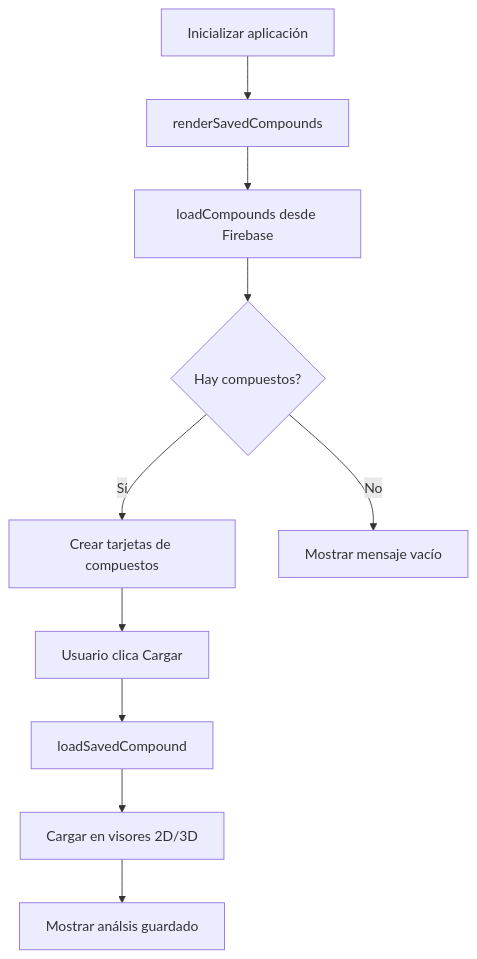
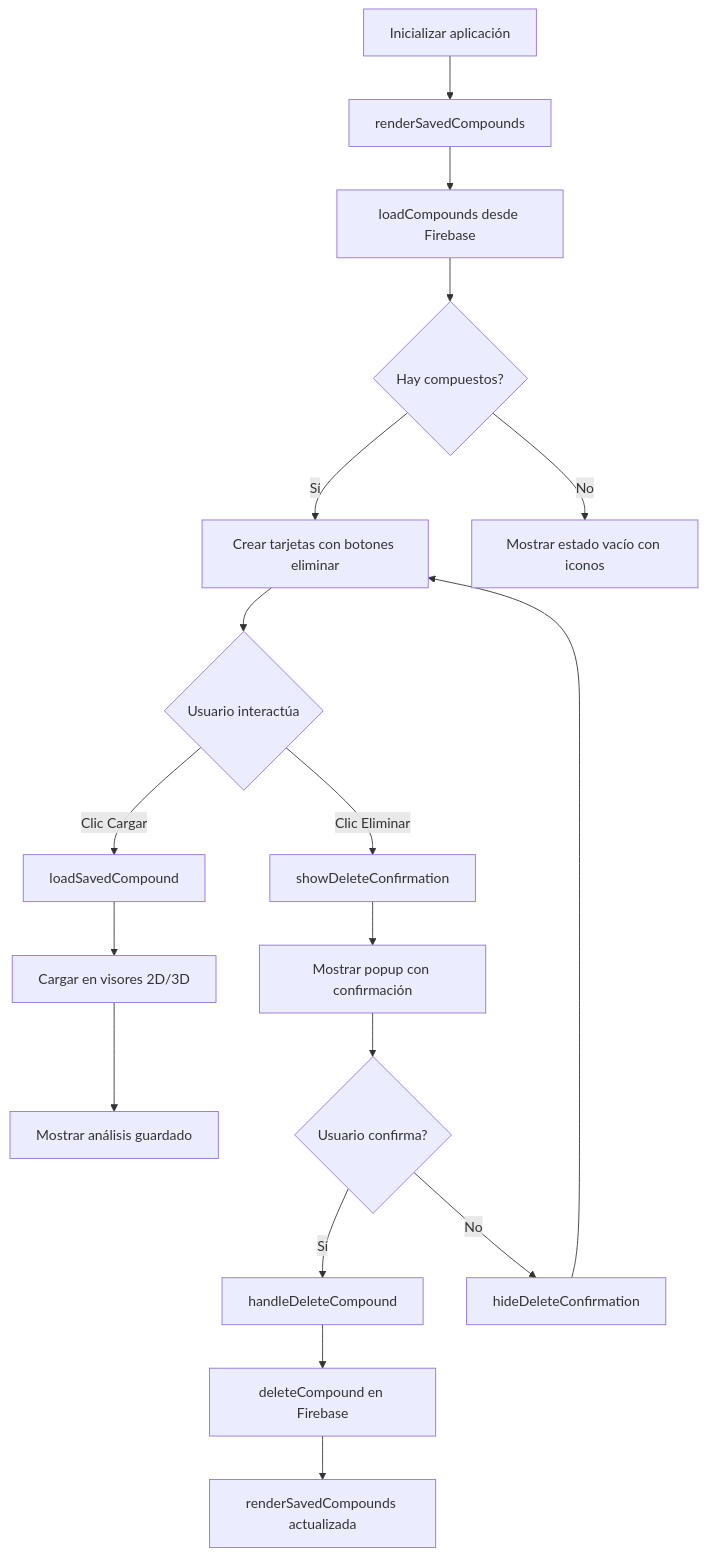
One commit to CrazyBread7634/VisualizadorDeParticulas changed the third of 4 diagrams in docs/COMPONENTS.md. Above: the diagram before and after it, drawn with Mermaid. The commit also changed other lines of this file and 3 other files, not shown here.

````diff
--- a/docs/COMPONENTS.md
+++ b/docs/COMPONENTS.md
@@ -957,12 +1231,20 @@
 ```mermaid
 graph TD
     A[Inicializar aplicación] --> B[renderSavedCompounds]
     B --> C[loadCompounds desde Firebase]
     C --> D{Hay compuestos?}
-    D -->|Sí| E[Crear tarjetas de compuestos]
-    D -->|No| F[Mostrar mensaje vacío]
-    E --> G[Usuario clica Cargar]
-    G --> H[loadSavedCompound]
-    H --> I[Cargar en visores 2D/3D]
-    I --> J[Mostrar análsis guardado]
+    D -->|Sí| E[Crear tarjetas con botones eliminar]
+    D -->|No| F[Mostrar estado vacío con iconos]
+    E --> G{Usuario interactúa}
+    G -->|Clic Cargar| H[loadSavedCompound]
+    G -->|Clic Eliminar| I[showDeleteConfirmation]
+    H --> J[Cargar en visores 2D/3D]
+    J --> K[Mostrar análisis guardado]
+    I --> L[Mostrar popup con confirmación]
+    L --> M{Usuario confirma?}
+    M -->|Sí| N[handleDeleteCompound]
+    M -->|No| O[hideDeleteConfirmation]
+    N --> P[deleteCompound en Firebase]
+    P --> Q[renderSavedCompounds actualizada]
+    O --> E
 ```
````
